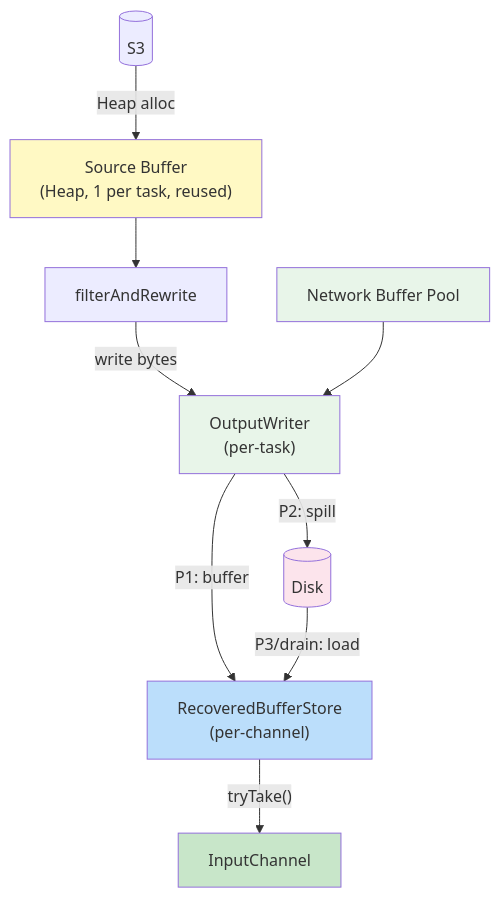
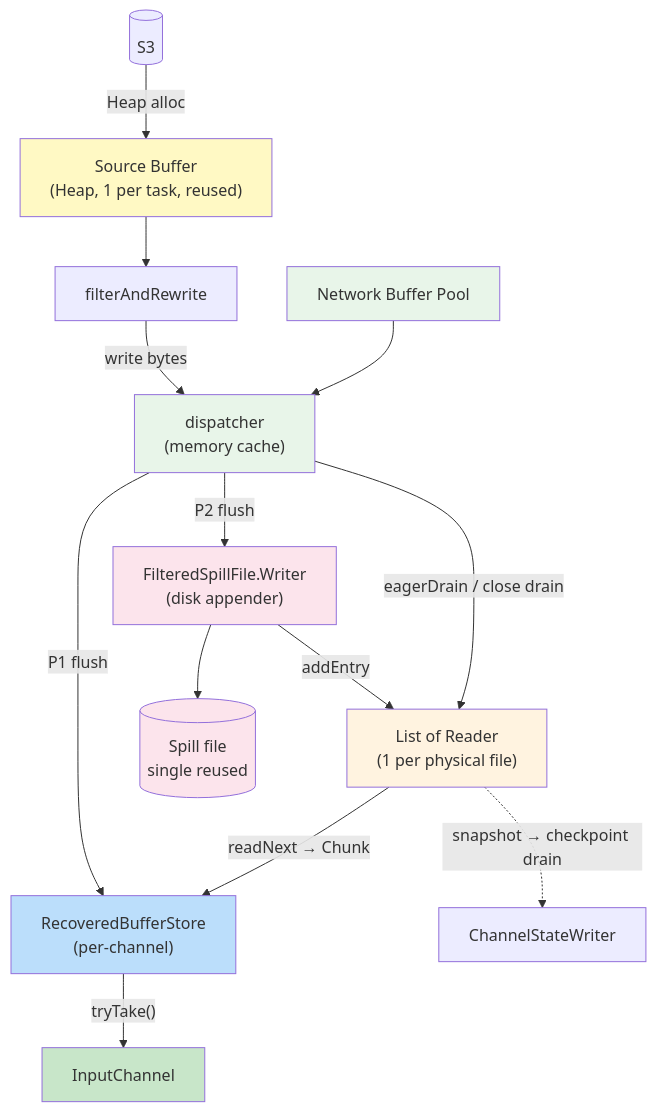
The second of 7 diagrams in requirements/38544/data_flow.md (1996fanrui/flink), drawn with Mermaid before and after one commit. The commit also changed other lines of this file and 1 other file, not shown here.

First line of the commit message:
[FLINK-38544][docs] Revise data_flow + architecture_overview for final design

````diff
--- a/requirements/38544/data_flow.md
+++ b/requirements/38544/data_flow.md
@@ -26,26 +30,35 @@
 ```mermaid
 graph TD
     S3[(S3)]
     SB["Source Buffer<br/>(Heap, 1 per task, reused)"]
     Filter["filterAndRewrite"]
-    OW["OutputWriter<br/>(per-task)"]
+    DP["dispatcher<br/>(memory cache)"]
     Pool["Network Buffer Pool"]
-    Disk[(Disk)]
+    Writer["FilteredSpillFile.Writer<br/>(disk appender)"]
+    Disk[(Spill file<br/>single reused)]
+    Readers["List of Reader<br/>(1 per physical file)"]
     Store["RecoveredBufferStore<br/>(per-channel)"]
     IC["InputChannel"]
+    CSW["ChannelStateWriter"]
 
     S3 -->|"Heap alloc"| SB
-    SB --> Filter -->|"write bytes"| OW
-    Pool --> OW
-    OW -->|"P1: buffer"| Store
-    OW -->|"P2: spill"| Disk
-    Disk -->|"P3/drain: load"| Store
+    SB --> Filter -->|"write bytes"| DP
+    Pool --> DP
+    DP -->|"P1 flush"| Store
+    DP -->|"P2 flush"| Writer
+    DP -->|"eagerDrain / close drain"| Readers
+    Writer --> Disk
+    Writer -->|"addEntry"| Readers
+    Readers -->|"readNext → Chunk"| Store
+    Readers -.->|"snapshot → checkpoint drain"| CSW
     Store -->|"tryTake()"| IC
 
     style SB fill:#fff9c4
-    style OW fill:#e8f5e9
+    style DP fill:#e8f5e9
     style Pool fill:#e8f5e9
+    style Writer fill:#fce4ec
     style Disk fill:#fce4ec
+    style Readers fill:#fff3e0
     style Store fill:#bbdefb
     style IC fill:#c8e6c9
 ```
````
